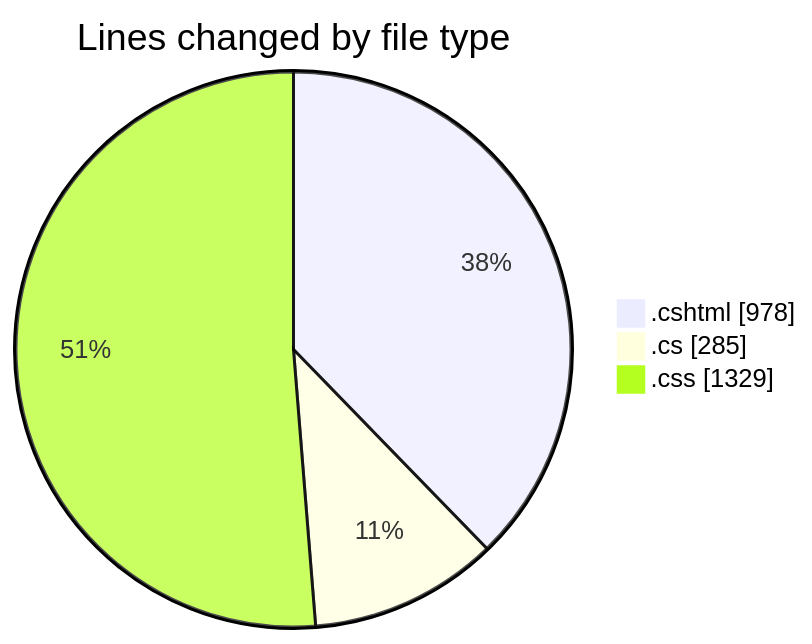
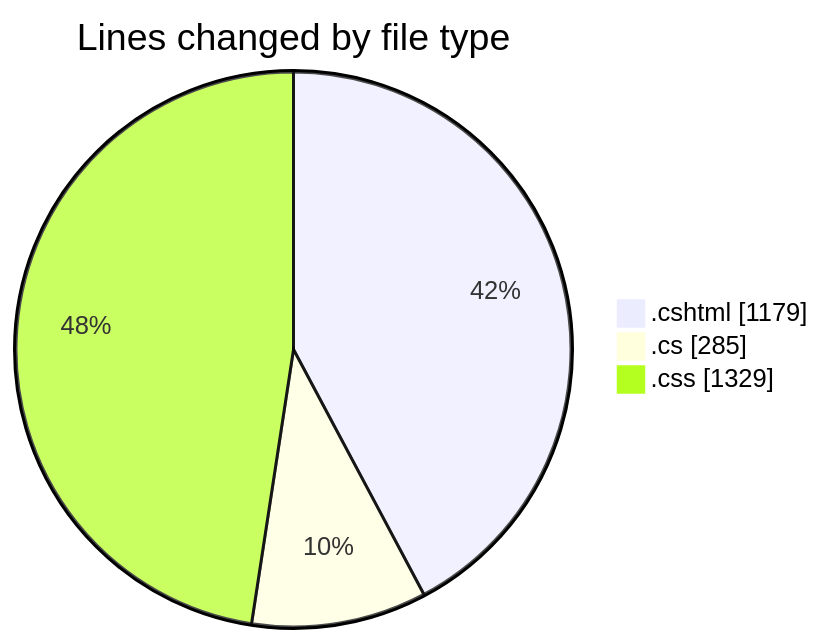
The first of 2 diagrams in 2025-07-18/nhahang/README.md (lephambinh05/code-tracking), drawn with Mermaid before and after one commit. The commit also changed other lines of this file and 1 other file, not shown here.

````diff
--- a/2025-07-18/nhahang/README.md
+++ b/2025-07-18/nhahang/README.md
@@ -37,7 +39,7 @@
 ```mermaid
 pie showData
 title Lines changed by file type
-".cshtml" : 978
+".cshtml" : 1179
 ".cs" : 285
 ".css" : 1329
 ```
````
